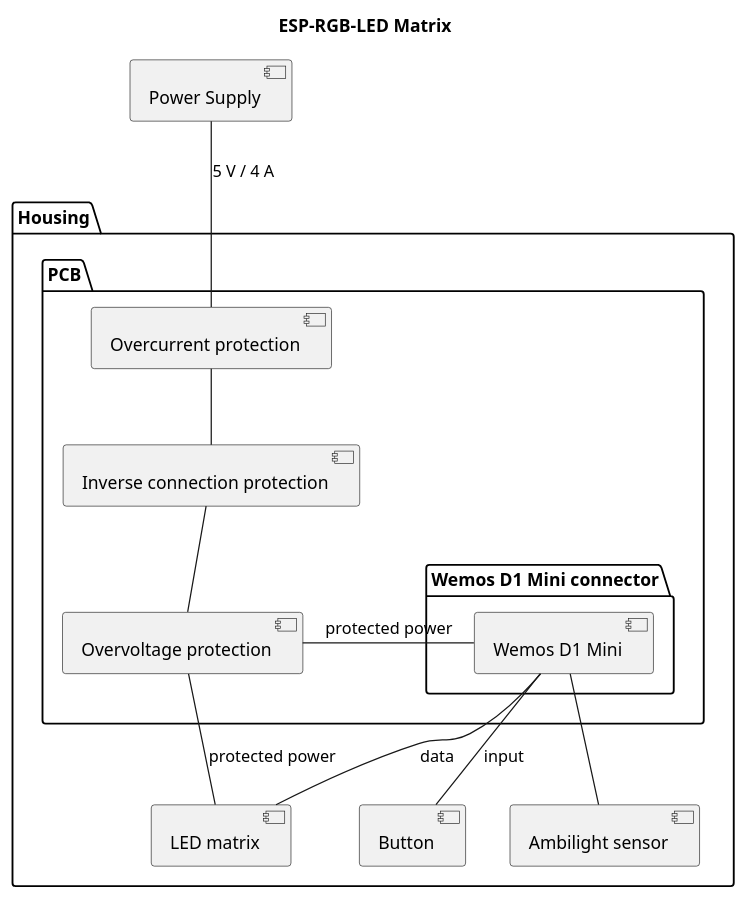
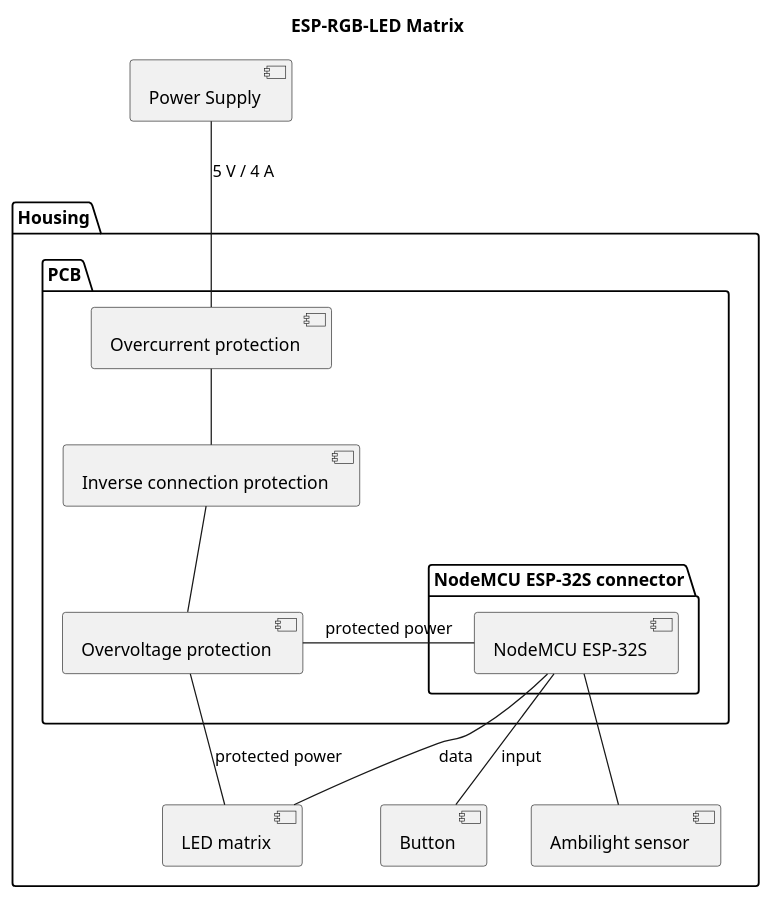
Before and after one commit to BlueAndi/Pixelix: the diagram in doc/design/system.plantuml, drawn with PlantUML. The commit also changed 1 other file, not shown here.

```diff
--- a/doc/design/system.plantuml
+++ b/doc/design/system.plantuml
@@ -1,35 +1,35 @@
 @startuml
 
 title ESP-RGB-LED Matrix
 
 component "Power Supply" as powerSupply
 
 package "Housing" {
 
     package "PCB" as pcb {
         component "Overcurrent protection" as ocp
         component "Inverse connection protection" as icp
         component "Overvoltage protection" as ovp
         
-        package "Wemos D1 Mini connector" {
+        package "NodeMCU ESP-32S connector" {
         
-            component "Wemos D1 Mini" as wemosD1Mini
+            component "NodeMCU ESP-32S" as esp32s
         }
     }
     
     component "LED matrix" as ledMatrix
     component "Button" as button
     component "Ambilight sensor" as ambilightSensor
 }
 
 powerSupply -- ocp: 5 V / 4 A
 ocp -- icp
 icp -- ovp
-ovp -r- wemosD1Mini: protected power
+ovp -r- esp32s: protected power
 ovp -- ledMatrix: protected power
 
-wemosD1Mini -- ledMatrix: data
-wemosD1Mini -- button: input
-wemosD1Mini -- ambilightSensor
+esp32s -- ledMatrix: data
+esp32s -- button: input
+esp32s -- ambilightSensor
 
 @enduml
```
